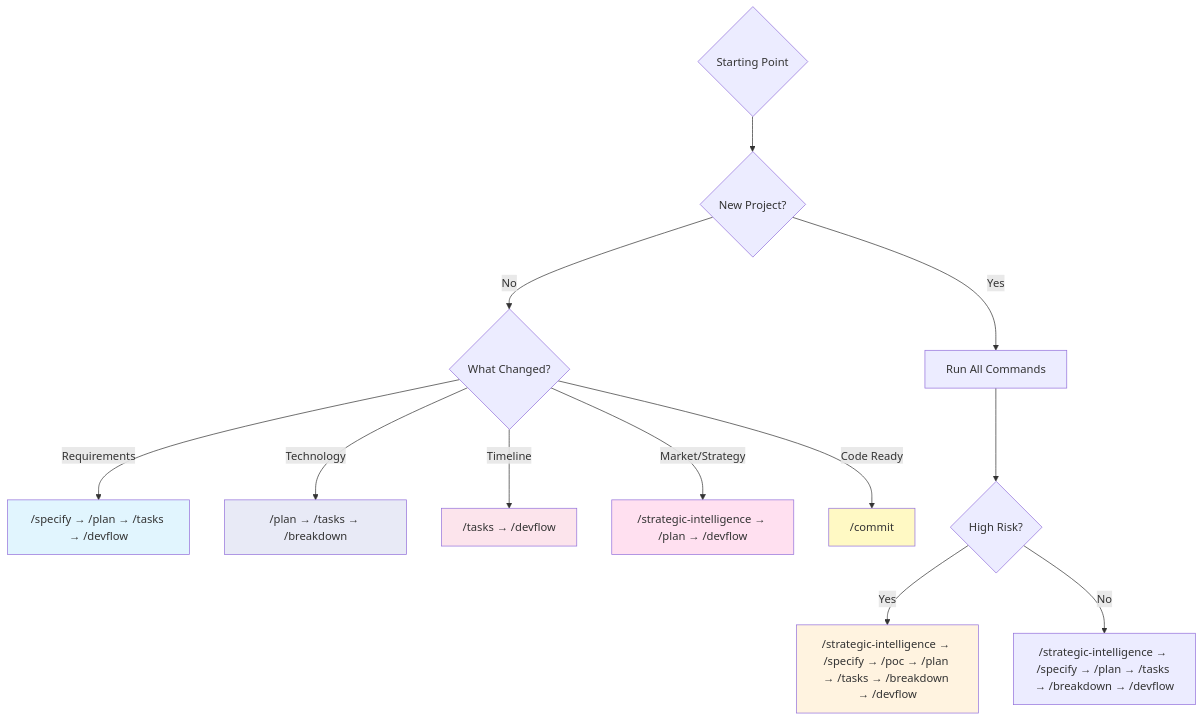
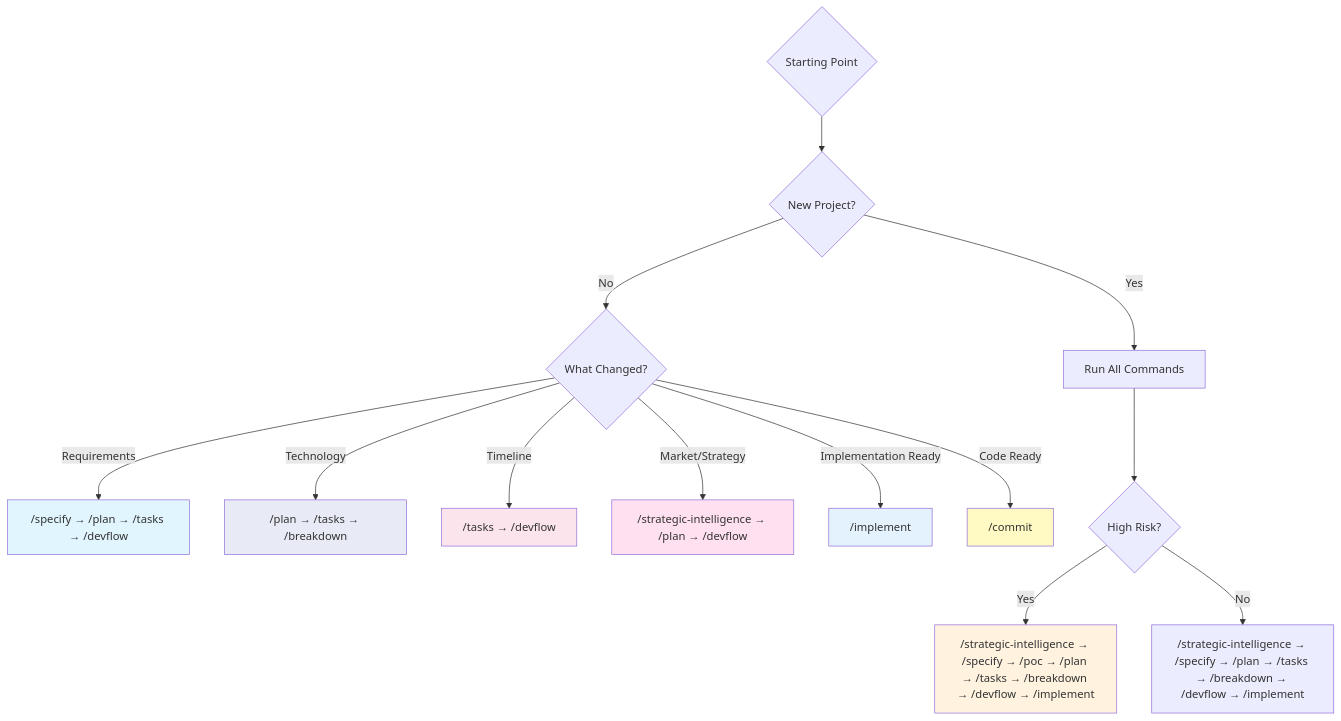
One commit to Mathews-Tom/sage-dev changed the seventh of 23 diagrams in commands/WORKFLOW.md. Above: the diagram before and after it, drawn with Mermaid. The commit also changed other lines of this file and 2 other files, not shown here.

First line of the commit message:
docs: introduce /implement command and integrate phased implementation across workflow

````diff
--- a/commands/WORKFLOW.md
+++ b/commands/WORKFLOW.md
@@ -129,23 +150,25 @@
 ```mermaid
 graph TD
     Start{Starting Point} --> NewProject{New Project?}
     NewProject -->|Yes| AllDocs[Run All Commands]
     NewProject -->|No| Update{What Changed?}
 
     Update -->|Requirements| Specify["/specify → /plan → /tasks → /devflow"]
     Update -->|Technology| Plan["/plan → /tasks → /breakdown"]
     Update -->|Timeline| Tasks["/tasks → /devflow"]
     Update -->|Market/Strategy| Assessment["/strategic-intelligence → /plan → /devflow"]
+    Update -->|Implementation Ready| Implement["/implement"]
     Update -->|Code Ready| Commit["/commit"]
 
     AllDocs --> Risk{High Risk?}
-    Risk -->|Yes| POCFirst["/strategic-intelligence → /specify → /poc → /plan → /tasks → /breakdown → /devflow"]
-    Risk -->|No| Standard["/strategic-intelligence → /specify → /plan → /tasks → /breakdown → /devflow"]
+    Risk -->|Yes| POCFirst["/strategic-intelligence → /specify → /poc → /plan → /tasks → /breakdown → /devflow → /implement"]
+    Risk -->|No| Standard["/strategic-intelligence → /specify → /plan → /tasks → /breakdown → /devflow → /implement"]
 
     style Specify fill:#e1f5fe
     style Plan fill:#e8eaf6
     style Tasks fill:#fce4ec
+    style Implement fill:#e3f2fd
     style Commit fill:#fff9c4
     style POCFirst fill:#fff3e0
     style Assessment fill:#ffe0f0
 ```
````
